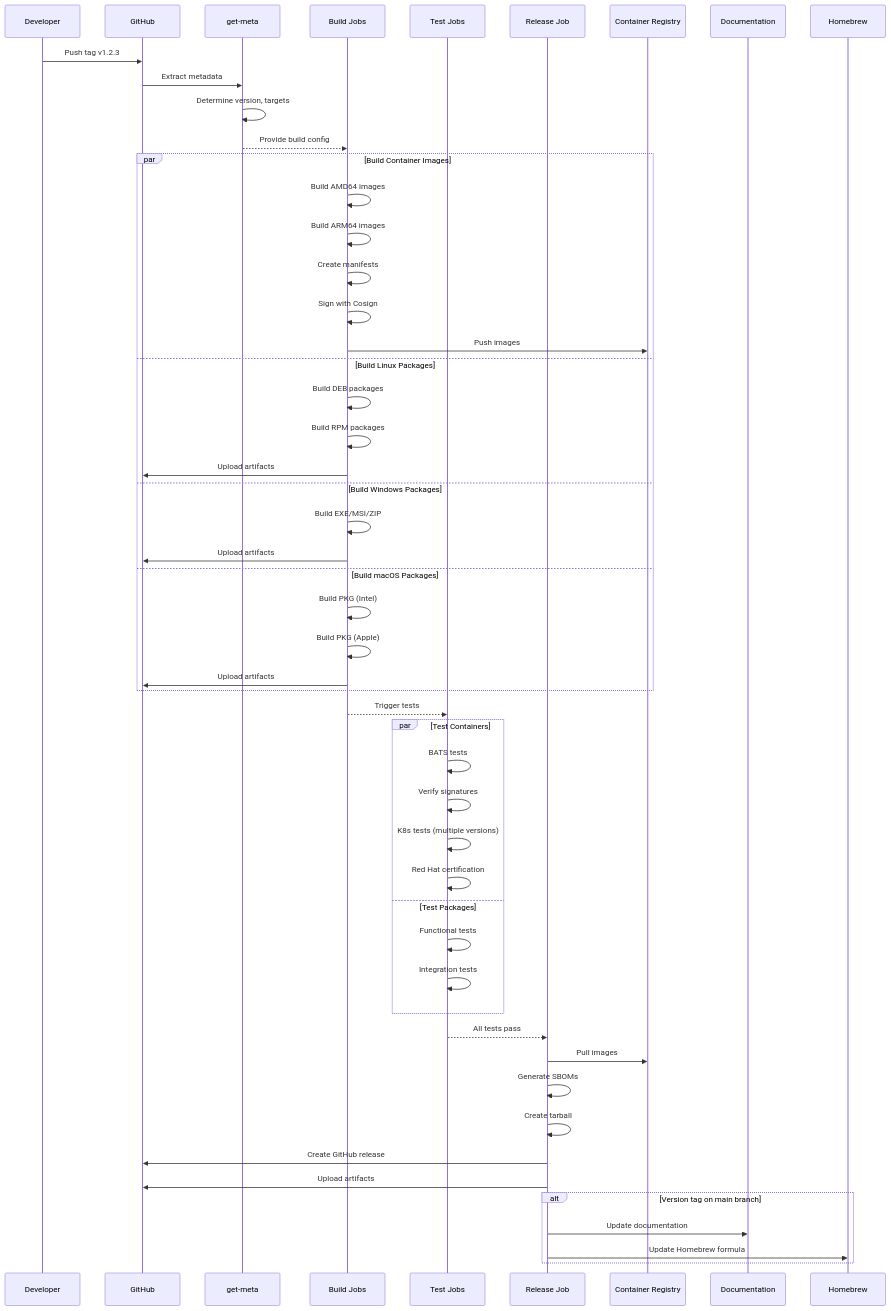
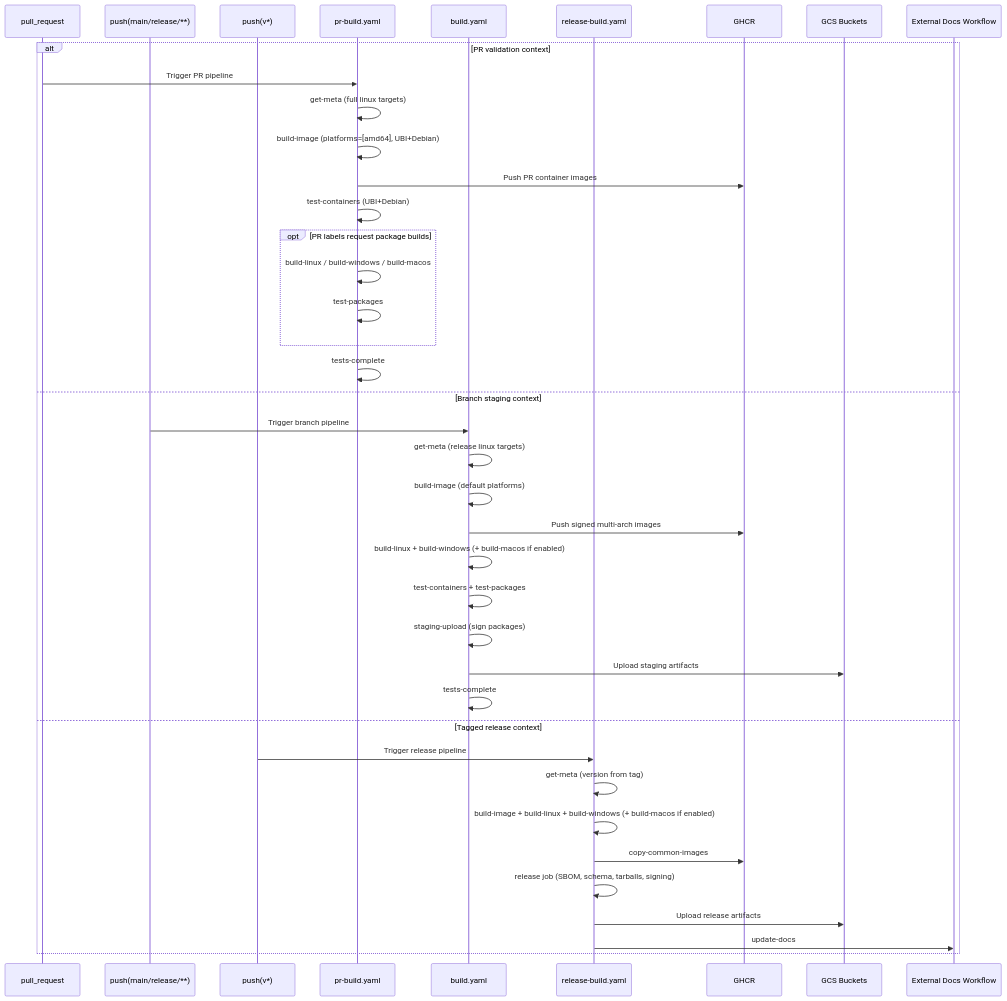
The first of 6 diagrams in .github/workflows/README.md (FluentDo/agent), drawn with Mermaid before and after one commit. The commit also changed other lines of this file, not shown here.

Commit message:
docs: update diagrams

````diff
--- a/.github/workflows/README.md
+++ b/.github/workflows/README.md
@@ -818,61 +818,43 @@
 ```mermaid
 sequenceDiagram
-    participant Dev as Developer
-    participant GH as GitHub
-    participant Meta as get-meta
-    participant Build as Build Jobs
-    participant Test as Test Jobs
-    participant Release as Release Job
-    participant Registry as Container Registry
-    participant Docs as Documentation
-    participant Brew as Homebrew
+  participant PR as pull_request
+  participant Push as push(main/release/**)
+  participant Tag as push(v*)
+  participant PRBuild as pr-build.yaml
+  participant BranchBuild as build.yaml
+  participant RelBuild as release-build.yaml
+  participant Registry as GHCR
+  participant GCS as GCS Buckets
+  participant Docs as External Docs Workflow
 
-    Dev->>GH: Push tag v1.2.3
-    GH->>Meta: Extract metadata
-    Meta->>Meta: Determine version, targets
-    Meta-->>Build: Provide build config
-    
-    par Build Container Images
-        Build->>Build: Build AMD64 images
-        Build->>Build: Build ARM64 images
-        Build->>Build: Create manifests
-        Build->>Build: Sign with Cosign
-        Build->>Registry: Push images
-    and Build Linux Packages
-        Build->>Build: Build DEB packages
-        Build->>Build: Build RPM packages
-        Build->>GH: Upload artifacts
-    and Build Windows Packages
-        Build->>Build: Build EXE/MSI/ZIP
-        Build->>GH: Upload artifacts
-    and Build macOS Packages
-        Build->>Build: Build PKG (Intel)
-        Build->>Build: Build PKG (Apple)
-        Build->>GH: Upload artifacts
+  alt PR validation context
+    PR->>PRBuild: Trigger PR pipeline
+    PRBuild->>PRBuild: get-meta (full linux targets)
+    PRBuild->>PRBuild: build-image (platforms=[amd64], UBI+Debian)
+    PRBuild->>Registry: Push PR container images
+    PRBuild->>PRBuild: test-containers (UBI+Debian)
+    opt PR labels request package builds
+      PRBuild->>PRBuild: build-linux / build-windows / build-macos
+      PRBuild->>PRBuild: test-packages
     end
-    
-    Build-->>Test: Trigger tests
-    
-    par Test Containers
-        Test->>Test: BATS tests
-        Test->>Test: Verify signatures
-        Test->>Test: K8s tests (multiple versions)
-        Test->>Test: Red Hat certification
-    and Test Packages
-        Test->>Test: Functional tests
-        Test->>Test: Integration tests
-    end
-    
-    Test-->>Release: All tests pass
-    
-    Release->>Registry: Pull images
-    Release->>Release: Generate SBOMs
-    Release->>Release: Create tarball
-    Release->>GH: Create GitHub release
-    Release->>GH: Upload artifacts
-    
-    alt Version tag on main branch
-        Release->>Docs: Update documentation
-        Release->>Brew: Update Homebrew formula
-    end
+    PRBuild->>PRBuild: tests-complete
+  else Branch staging context
+    Push->>BranchBuild: Trigger branch pipeline
+    BranchBuild->>BranchBuild: get-meta (release linux targets)
+    BranchBuild->>BranchBuild: build-image (default platforms)
+    BranchBuild->>Registry: Push signed multi-arch images
+    BranchBuild->>BranchBuild: build-linux + build-windows (+ build-macos if enabled)
+    BranchBuild->>BranchBuild: test-containers + test-packages
+    BranchBuild->>BranchBuild: staging-upload (sign packages)
+    BranchBuild->>GCS: Upload staging artifacts
+    BranchBuild->>BranchBuild: tests-complete
+  else Tagged release context
+    Tag->>RelBuild: Trigger release pipeline
+    RelBuild->>RelBuild: get-meta (version from tag)
+    RelBuild->>RelBuild: build-image + build-linux + build-windows (+ build-macos if enabled)
+    RelBuild->>Registry: copy-common-images
+    RelBuild->>RelBuild: release job (SBOM, schema, tarballs, signing)
+    RelBuild->>GCS: Upload release artifacts
+    RelBuild->>Docs: update-docs
+  end
 ```
````
